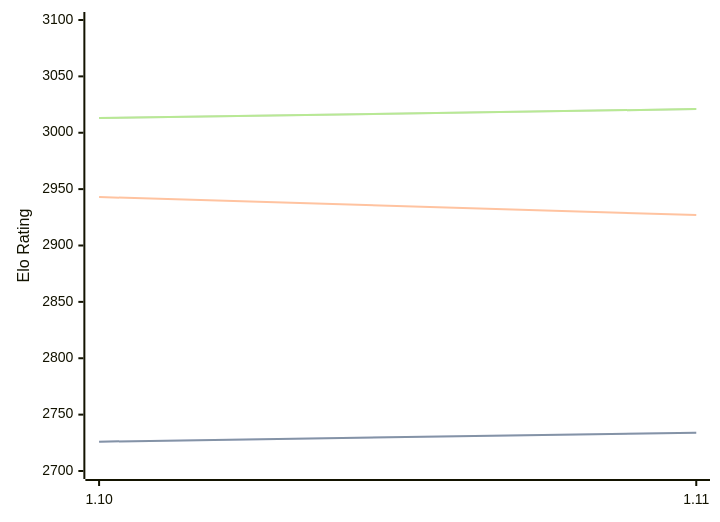
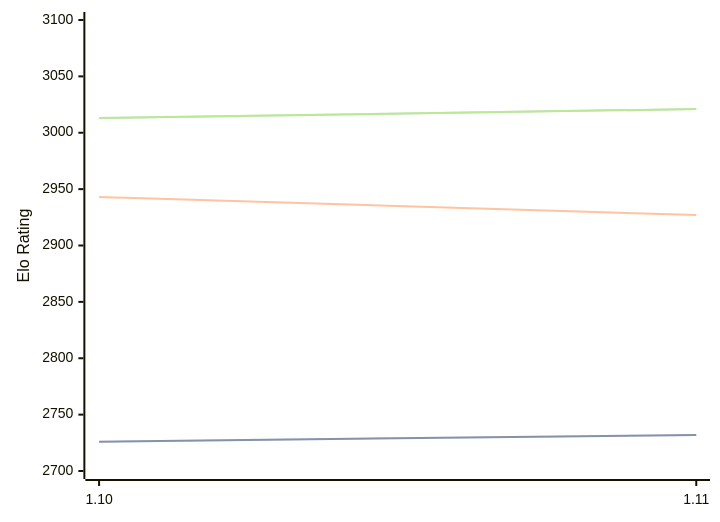
The diagram in engines/Roc.md (computer-chess-index/cci), drawn with Mermaid before and after one commit. The commit also changed other lines of this file, not shown here.

````diff
--- a/engines/Roc.md
+++ b/engines/Roc.md
@@ -65,11 +65,11 @@
 ```mermaid
 %%{init: {"theme":"base","themeVariables":{"seriesColors:['#a3a3a3','#222221','#faa371']}}}%%
 xychart-beta
   x-axis ["1.10", "1.11"]
   y-axis "Elo Rating" 2700 --> 3100
-  line "STC (8.0+0.08s)" [2726, 2734]
-  line "STC (8.0+0.08s)" [2726, 2734]
+  line "STC (8.0+0.08s)" [2726, 2732]
+  line "STC (8.0+0.08s)" [2726, 2732]
   line "LTC (60.0+0.60s)" [2943, 2927]
   line "VLTC (2m24s+1.12s)" [3013, 3021]
   line "VLTC (2m24s+1.12s)" [3013, 3021]
 ```
````
